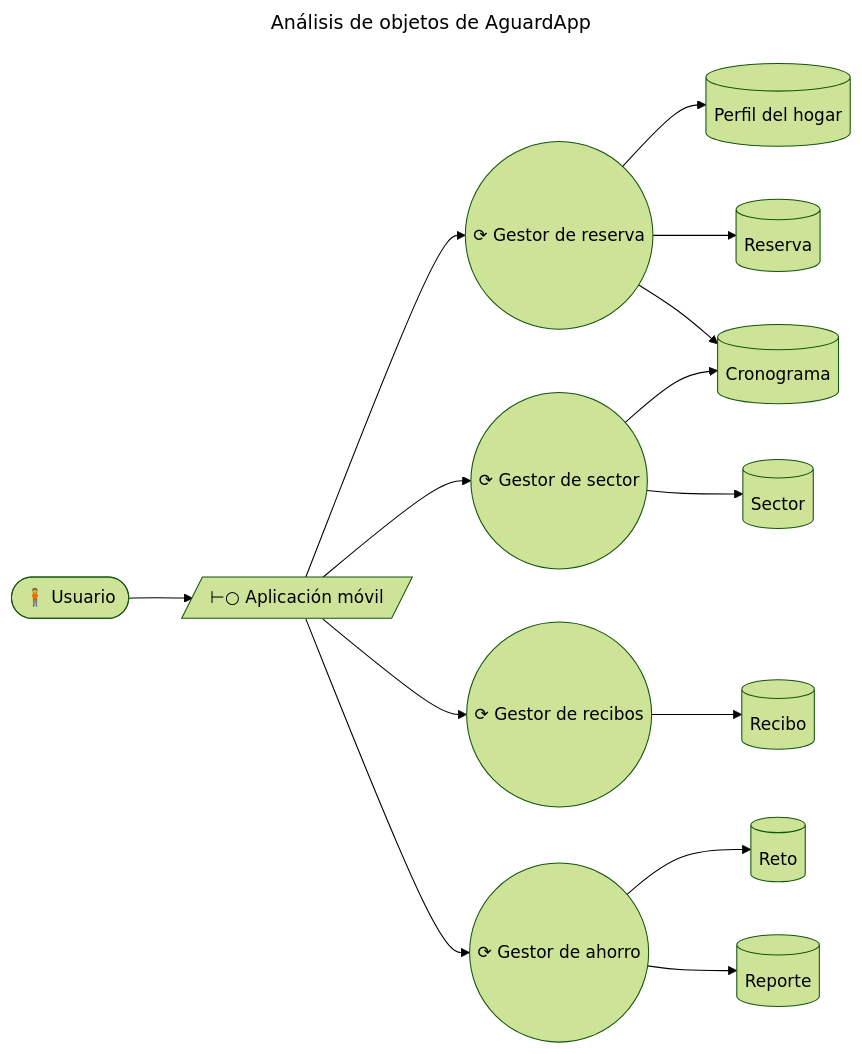
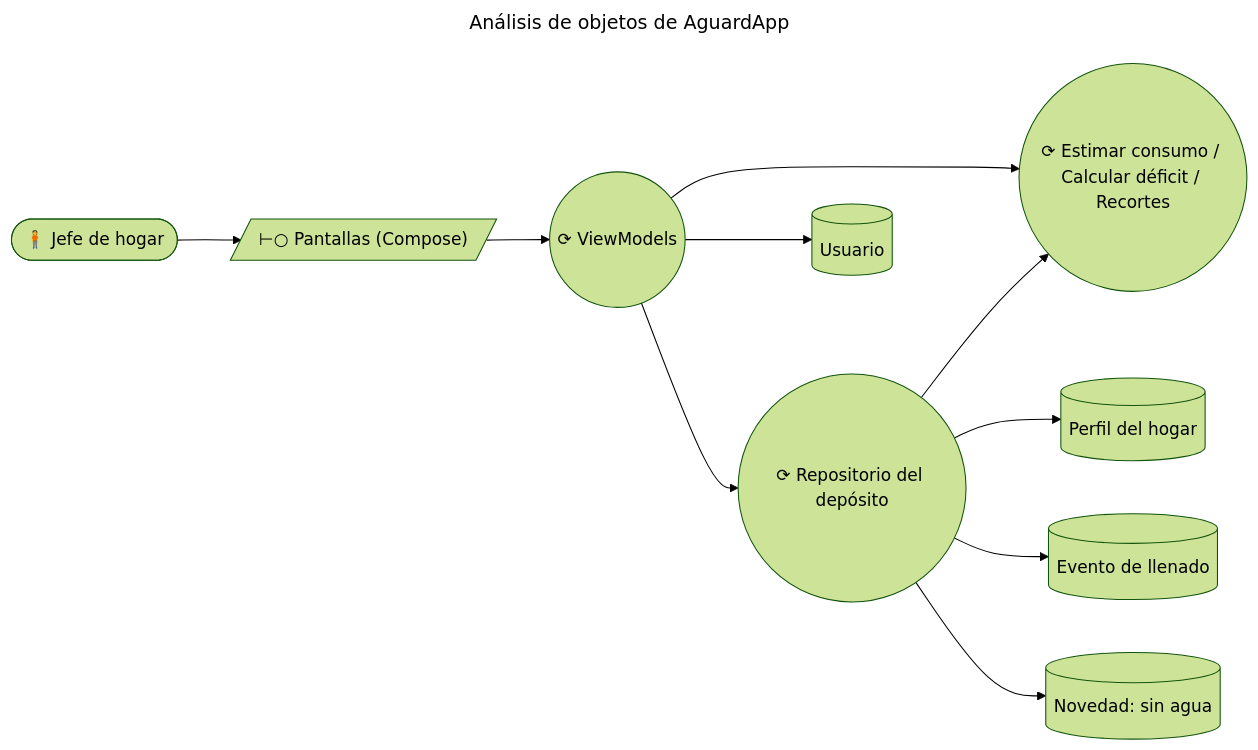
The sixth of 9 diagrams in informes/FD03-SRS.md (IkerASierraR/AguardApp), drawn with Mermaid (forest theme) before and after one commit. The commit also changed other lines of this file and 2 other files, not shown here.

````diff
--- a/informes/FD03-SRS.md
+++ b/informes/FD03-SRS.md
@@ -470,26 +337,23 @@
 ```mermaid
 ---
 title: Análisis de objetos de AguardApp
 ---
 flowchart LR
-    U(["🧍 Usuario"])
-    APP[/"⊢○ Aplicación móvil"/]
-    GR(("⟳ Gestor de reserva"))
-    GS(("⟳ Gestor de sector"))
-    GRC(("⟳ Gestor de recibos"))
-    GA(("⟳ Gestor de ahorro"))
+    U(["🧍 Jefe de hogar"])
+    PANT[/"⊢○ Pantallas (Compose)"/]
+    VM(("⟳ ViewModels"))
+    REP(("⟳ Repositorio del depósito"))
+    EST(("⟳ Estimar consumo / Calcular déficit / Recortes"))
+    US[("Usuario")]
     PH[("Perfil del hogar")]
-    RE[("Reserva")]
-    CR[("Cronograma")]
-    SE[("Sector")]
-    RC[("Recibo")]
-    RT[("Reto")]
-    RP[("Reporte")]
+    LL[("Evento de llenado")]
+    NV[("Novedad: sin agua")]
 
-    U --> APP
-    APP --> GR & GS & GRC & GA
-    GR --> PH & RE & CR
-    GS --> CR & SE
-    GRC --> RC
-    GA --> RT & RP
+    U --> PANT
+    PANT --> VM
+    VM --> REP
+    VM --> EST
+    REP --> EST
+    REP --> PH & LL & NV
+    VM --> US
 ```
````
